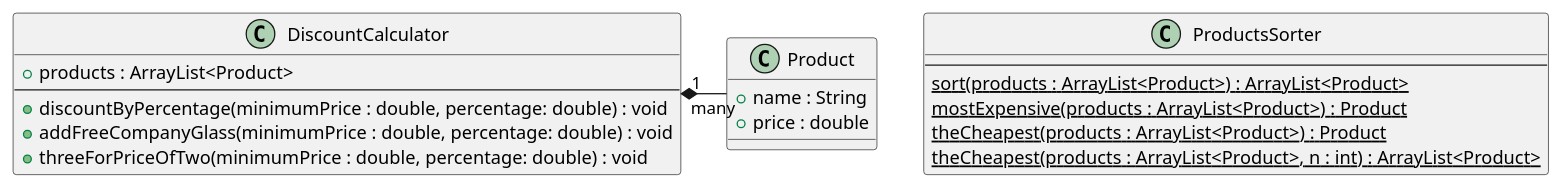
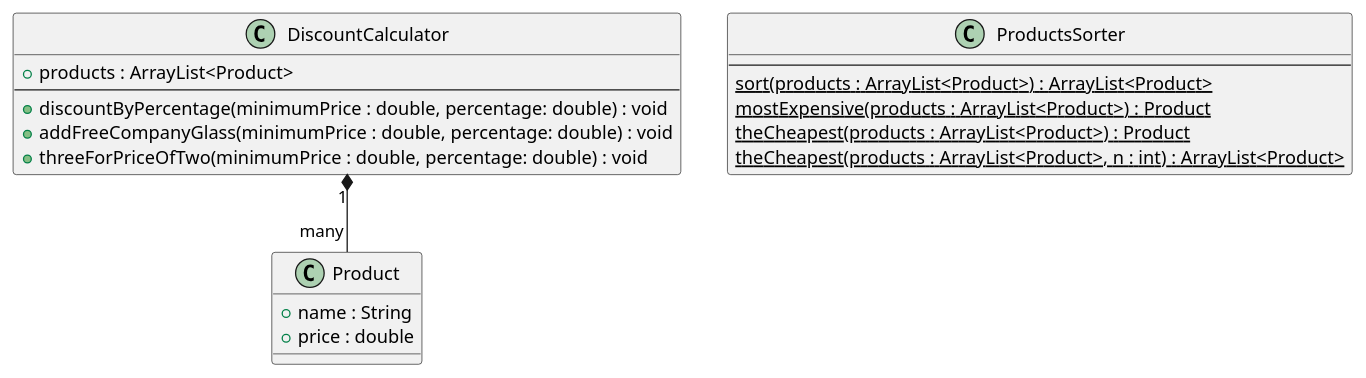
Before and after one commit to PJMPR/lab03-intruduction-to-classes: the diagram in UML/diagram.puml, drawn with PlantUML.

Commit message:
start lab 03.2

```diff
--- a/UML/diagram.puml
+++ b/UML/diagram.puml
@@ -1,27 +1,27 @@
 @startuml test
 
 
 class Product {
     + name : String
     + price : double
 }
 
-DiscountCalculator "1" *- "many" Product
+DiscountCalculator "1" *-- "many" Product
 
 class DiscountCalculator {
     + products : ArrayList<Product>
     ----
     + discountByPercentage(minimumPrice : double, percentage: double) : void
     + addFreeCompanyGlass(minimumPrice : double, percentage: double) : void
     + threeForPriceOfTwo(minimumPrice : double, percentage: double) : void
 }
 
 class ProductsSorter {
     ----
     {static}  sort(products : ArrayList<Product>) : ArrayList<Product>
     {static}  mostExpensive(products : ArrayList<Product>) : Product
     {static}  theCheapest(products : ArrayList<Product>) : Product
     {static}  theCheapest(products : ArrayList<Product>, n : int) : ArrayList<Product>
 }
 
 @enduml
```
